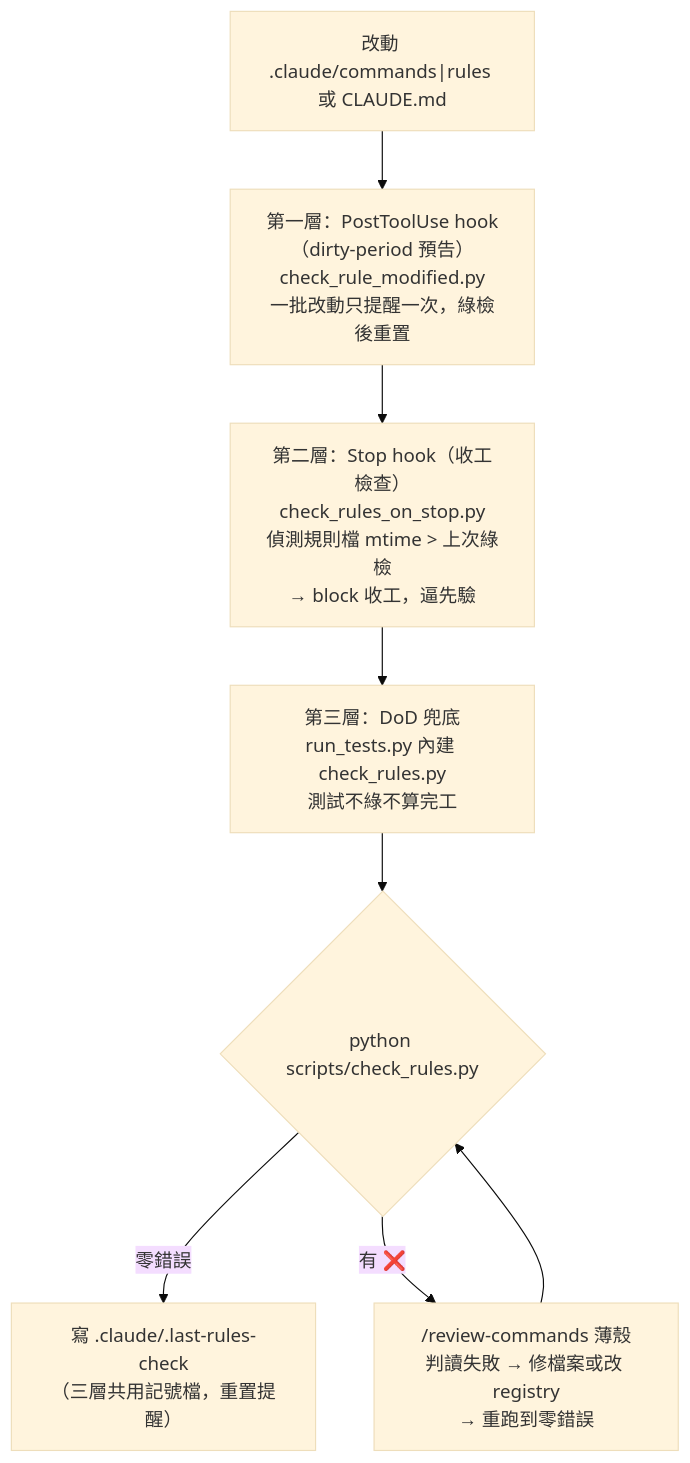
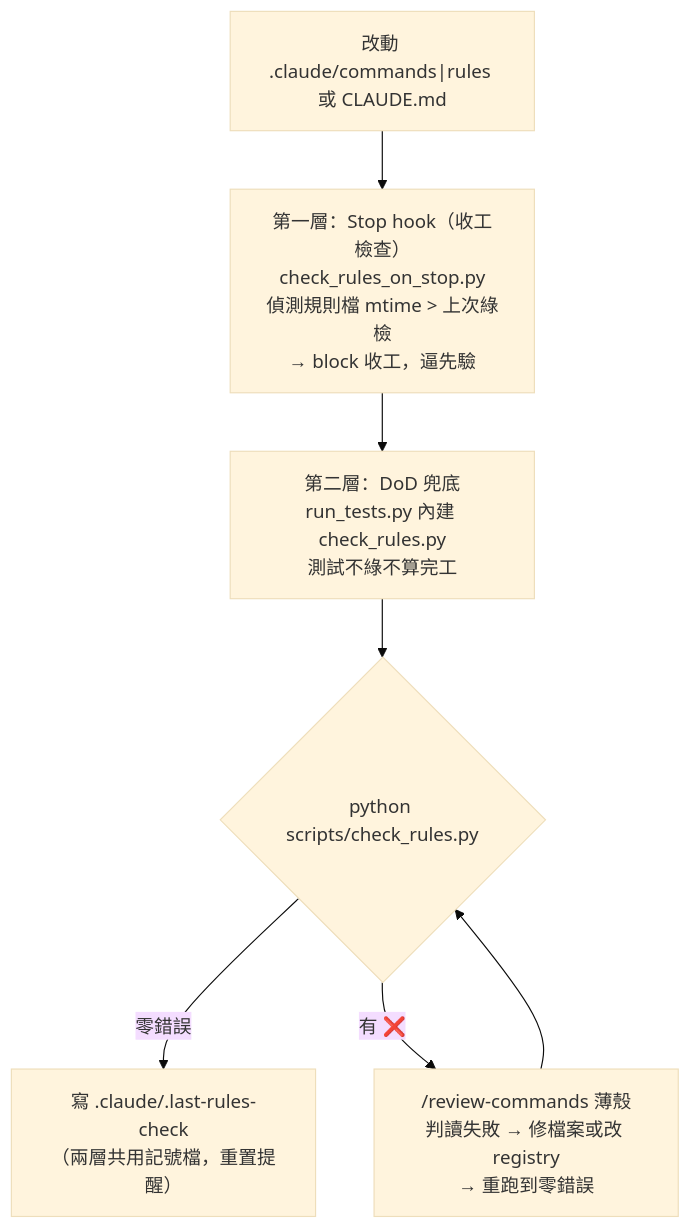
Before and after one commit to mandy82477/claude-news: the fifth of 6 diagrams in src/DesignDocument/Design Diagram.md, drawn with Mermaid (base theme). The commit also changed other lines of this file and 3 other files, not shown here.

Commit message:
refactor: 規則防線三層簡化為兩層（移除冗餘的 PostToolUse 提醒，保留 Stop hook + 測試兜底）

````diff
--- a/src/DesignDocument/Design Diagram.md
+++ b/src/DesignDocument/Design Diagram.md
@@ -146,13 +146,12 @@
 ```mermaid
 flowchart TD
-    EDIT["改動 .claude/commands|rules 或 CLAUDE.md"] --> H1
+    EDIT["改動 .claude/commands|rules 或 CLAUDE.md"] --> H2
 
-    H1["第一層：PostToolUse hook（dirty-period 預告）\ncheck_rule_modified.py\n一批改動只提醒一次，綠檢後重置"]
-    H1 --> H2["第二層：Stop hook（收工檢查）\ncheck_rules_on_stop.py\n偵測規則檔 mtime > 上次綠檢\n→ block 收工，逼先驗"]
-    H2 --> H3["第三層：DoD 兜底\nrun_tests.py 內建 check_rules.py\n測試不綠不算完工"]
+    H2["第一層：Stop hook（收工檢查）\ncheck_rules_on_stop.py\n偵測規則檔 mtime > 上次綠檢\n→ block 收工，逼先驗"]
+    H2 --> H3["第二層：DoD 兜底\nrun_tests.py 內建 check_rules.py\n測試不綠不算完工"]
 
     H3 --> CHECK{"python scripts/check_rules.py"}
-    CHECK -->|零錯誤| MARK["寫 .claude/.last-rules-check\n（三層共用記號檔，重置提醒）"]
+    CHECK -->|零錯誤| MARK["寫 .claude/.last-rules-check\n（兩層共用記號檔，重置提醒）"]
     CHECK -->|有 ❌| FIX["/review-commands 薄殼\n判讀失敗 → 修檔案或改 registry\n→ 重跑到零錯誤"]
     FIX --> CHECK
 ```
````
